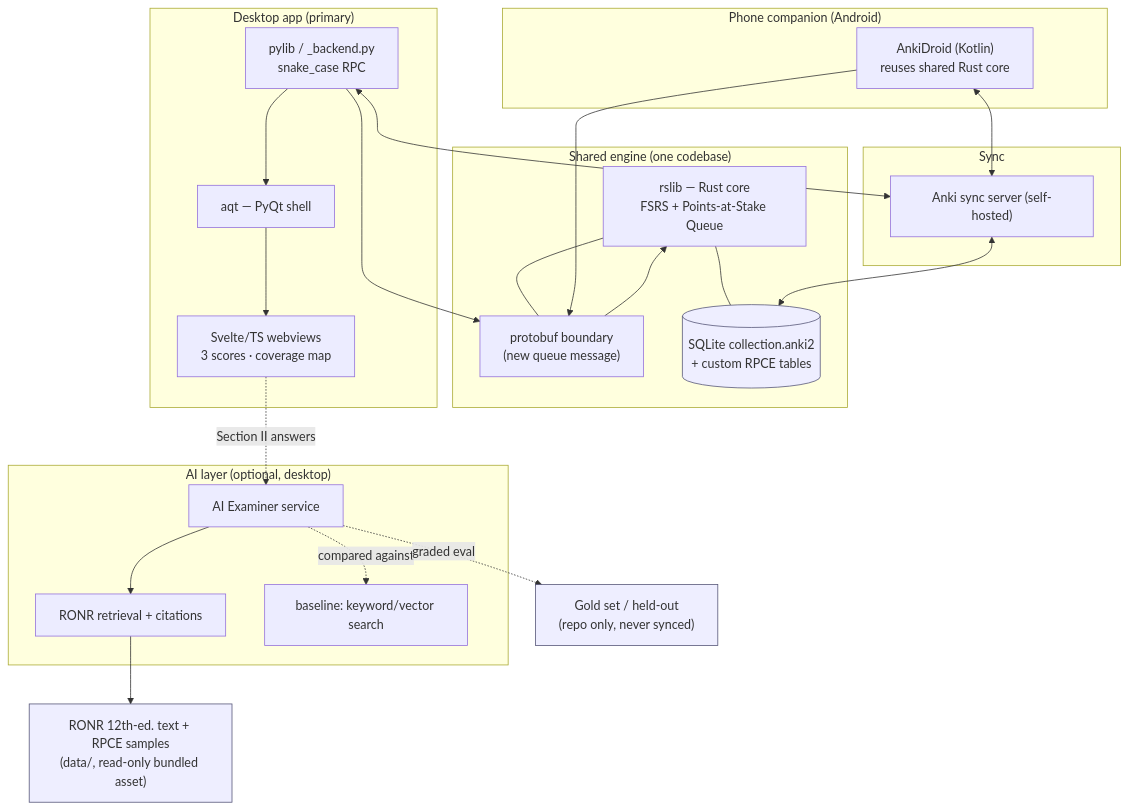
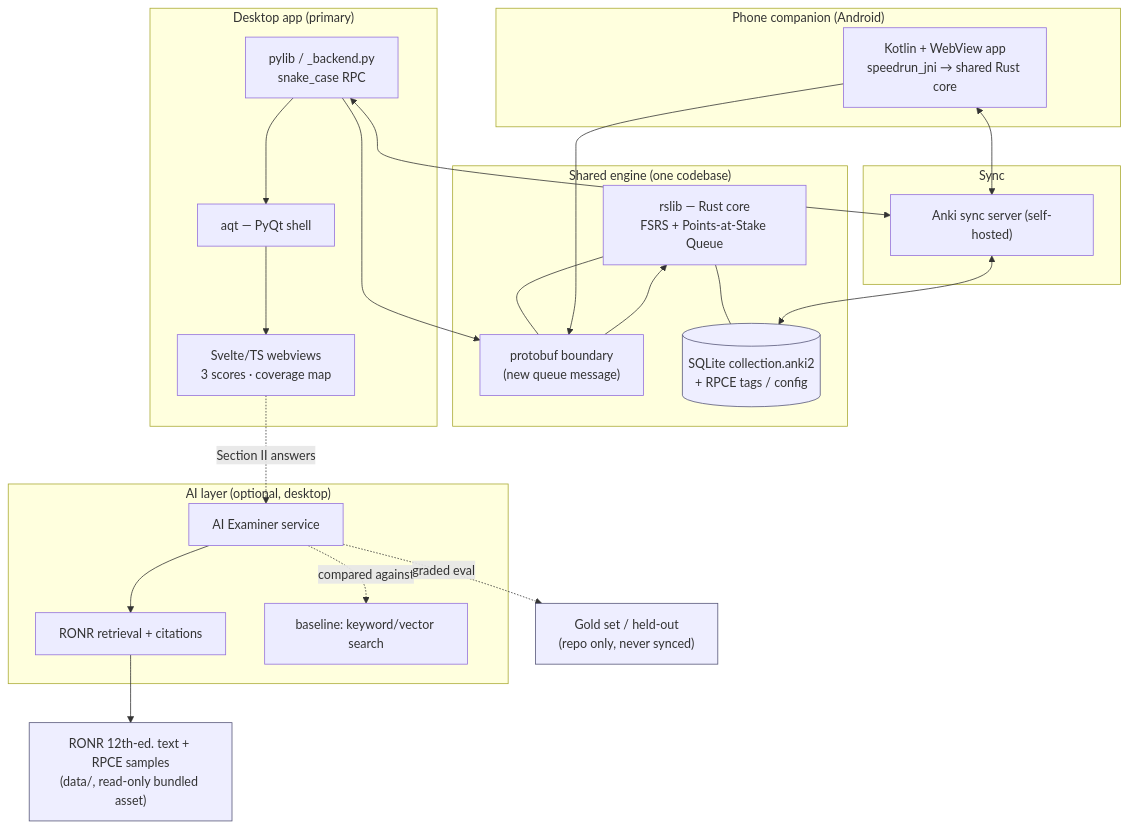
Before and after one commit to 1624252/anki-rpce: the diagram in docs/rpce/PRD.md, drawn with Mermaid. The commit also changed other lines of this file, not shown here.

First line of the commit message:
docs(rpce): bring PRD in line with the shipped app

````diff
--- a/docs/rpce/PRD.md
+++ b/docs/rpce/PRD.md
@@ -287,51 +287,51 @@
 ```mermaid
 flowchart TB
   subgraph Shared["Shared engine (one codebase)"]
     rust["rslib — Rust core<br/>FSRS + Points-at-Stake Queue"]
     proto["protobuf boundary<br/>(new queue message)"]
-    db[("SQLite collection.anki2<br/>+ custom RPCE tables")]
+    db[("SQLite collection.anki2<br/>+ RPCE tags / config")]
     rust --- proto
     rust --- db
   end
 
   subgraph Desktop["Desktop app (primary)"]
     pylib["pylib / _backend.py<br/>snake_case RPC"]
     aqt["aqt — PyQt shell"]
     svelte["Svelte/TS webviews<br/>3 scores · coverage map"]
     pylib --> aqt --> svelte
   end
 
   subgraph Mobile["Phone companion (Android)"]
-    droid["AnkiDroid (Kotlin)<br/>reuses shared Rust core"]
+    droid["Kotlin + WebView app<br/>speedrun_jni → shared Rust core"]
   end
 
   subgraph AI["AI layer (optional, desktop)"]
     examiner["AI Examiner service"]
     retr["RONR retrieval + citations"]
     base["baseline: keyword/vector search"]
     examiner --> retr
     examiner -. compared against .-> base
   end
 
   subgraph Sync["Sync"]
     syncsrv["Anki sync server (self-hosted)"]
   end
 
   corpus["RONR 12th-ed. text + RPCE samples<br/>(data/, read-only bundled asset)"]
   eval["Gold set / held-out<br/>(repo only, never synced)"]
 
   pylib --> proto
   droid --> proto
   proto --> rust
 
   svelte -. Section II answers .-> examiner
   retr --> corpus
   examiner -. graded eval .-> eval
 
   pylib <--> syncsrv
   droid <--> syncsrv
   syncsrv <--> db
 
   classDef store fill:#eef,stroke:#557;
   class db,corpus,eval store;
 ```
````
